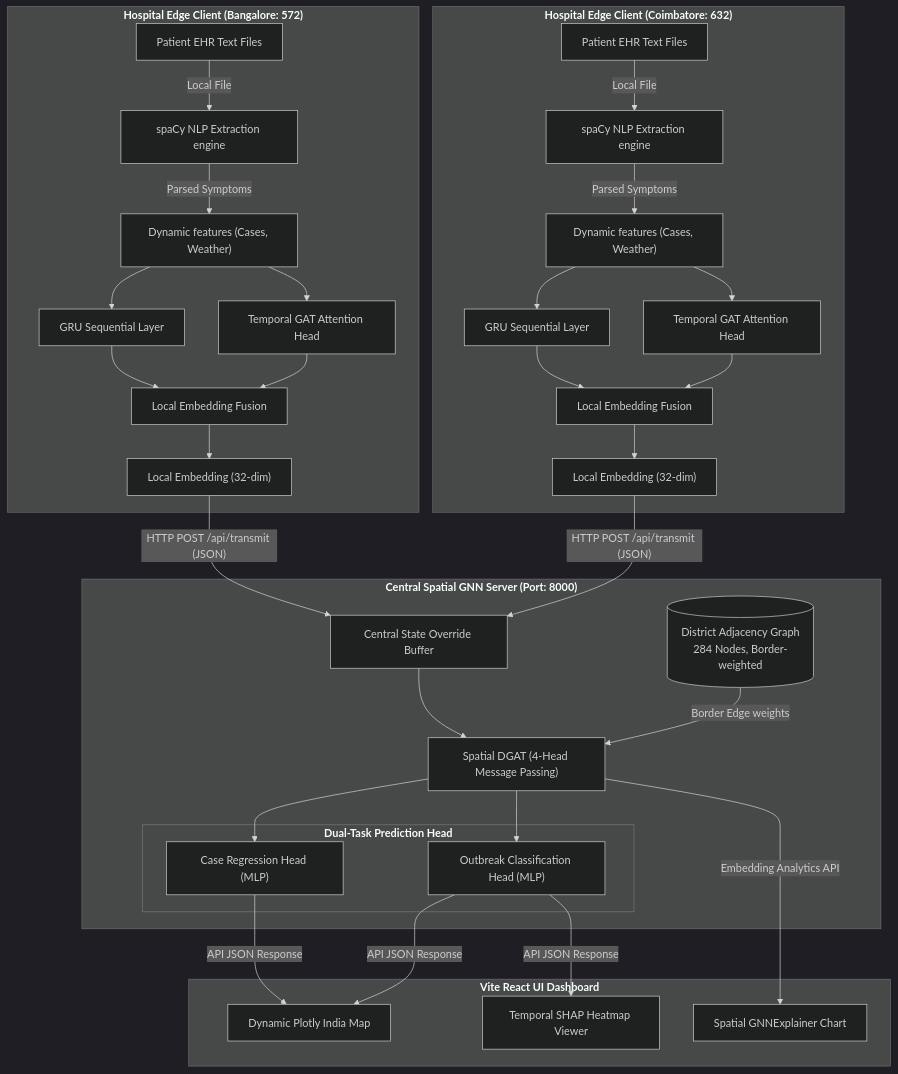
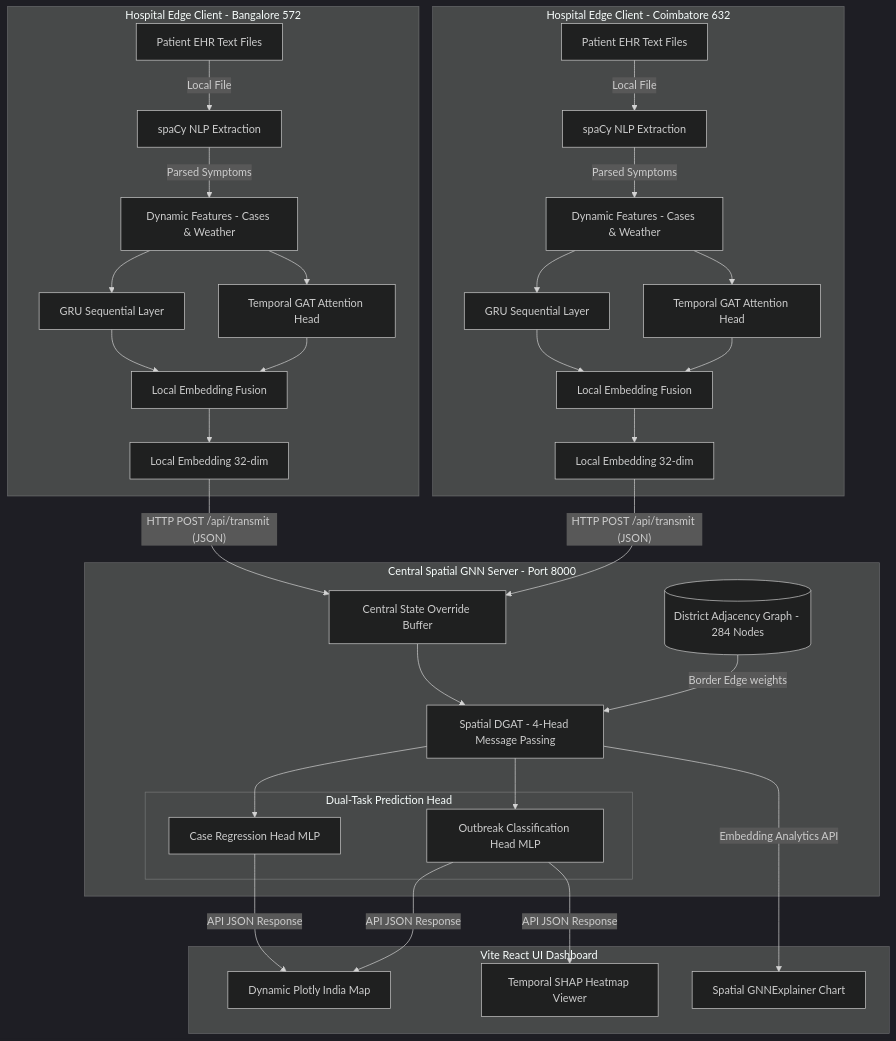
One commit to StavanRKhobare/Explainable-Federated-Learning-Framework-for-Early-Epidemic-Forecasting changed the first of 2 diagrams in README.md. Above: the diagram before and after it, drawn with Mermaid (dark theme). The commit also changed other lines of this file and 2 other files, not shown here.

Commit message:
Fix README syntax errors, replace HTML report with professional reportlab PDF, add reportlab dep

````diff
--- a/README.md
+++ b/README.md
@@ -93,68 +93,68 @@
 ```mermaid
 graph TD
-    subgraph Edge_Client_1 ["<b>Hospital Edge Client (Bangalore: 572)</b>"]
+    subgraph Edge_Client_1 ["Hospital Edge Client - Bangalore 572"]
         EHR1["Patient EHR Text Files"]
-        NLP1["spaCy NLP Extraction engine"]
-        Dyn1["Dynamic features (Cases, Weather)"]
+        NLP1["spaCy NLP Extraction"]
+        Dyn1["Dynamic Features - Cases & Weather"]
         GRU1["GRU Sequential Layer"]
         TGAT1["Temporal GAT Attention Head"]
         Fuse1["Local Embedding Fusion"]
-        Emb1["Local Embedding (32-dim)"]
-        
+        Emb1["Local Embedding 32-dim"]
+
         EHR1 -->|Local File| NLP1
         NLP1 -->|Parsed Symptoms| Dyn1
         Dyn1 --> GRU1
         Dyn1 --> TGAT1
         GRU1 --> Fuse1
         TGAT1 --> Fuse1
         Fuse1 --> Emb1
     end
 
-    subgraph Edge_Client_2 ["<b>Hospital Edge Client (Coimbatore: 632)</b>"]
+    subgraph Edge_Client_2 ["Hospital Edge Client - Coimbatore 632"]
         EHR2["Patient EHR Text Files"]
-        NLP2["spaCy NLP Extraction engine"]
-        Dyn2["Dynamic features (Cases, Weather)"]
+        NLP2["spaCy NLP Extraction"]
+        Dyn2["Dynamic Features - Cases & Weather"]
         GRU2["GRU Sequential Layer"]
         TGAT2["Temporal GAT Attention Head"]
         Fuse2["Local Embedding Fusion"]
-        Emb2["Local Embedding (32-dim)"]
-        
+        Emb2["Local Embedding 32-dim"]
+
         EHR2 -->|Local File| NLP2
         NLP2 -->|Parsed Symptoms| Dyn2
         Dyn2 --> GRU2
         Dyn2 --> TGAT2
         GRU2 --> Fuse2
         TGAT2 --> Fuse2
         Fuse2 --> Emb2
     end
 
     Emb1 -- "HTTP POST /api/transmit (JSON)" --> Server_Agg
     Emb2 -- "HTTP POST /api/transmit (JSON)" --> Server_Agg
 
-    subgraph Central_Server ["<b>Central Spatial GNN Server (Port: 8000)</b>"]
+    subgraph Central_Server ["Central Spatial GNN Server - Port 8000"]
         Server_Agg["Central State Override Buffer"]
-        AdjGraph[("District Adjacency Graph<br/>284 Nodes, Border-weighted")]
-        SDGAT["Spatial DGAT (4-Head Message Passing)"]
-        
-        subgraph Dual_Task_Head ["<b>Dual-Task Prediction Head</b>"]
-            RegHead["Case Regression Head (MLP)"]
-            ClfHead["Outbreak Classification Head (MLP)"]
+        AdjGraph[("District Adjacency Graph - 284 Nodes")]
+        SDGAT["Spatial DGAT - 4-Head Message Passing"]
+
+        subgraph Dual_Task_Head ["Dual-Task Prediction Head"]
+            RegHead["Case Regression Head MLP"]
+            ClfHead["Outbreak Classification Head MLP"]
         end
-        
+
         Server_Agg --> SDGAT
         AdjGraph -->|Border Edge weights| SDGAT
         SDGAT --> RegHead
         SDGAT --> ClfHead
     end
 
-    subgraph Frontend_Dashboard ["<b>Vite React UI Dashboard</b>"]
+    subgraph Frontend_Dashboard ["Vite React UI Dashboard"]
         Map["Dynamic Plotly India Map"]
         SHAP["Temporal SHAP Heatmap Viewer"]
         GNNExp["Spatial GNNExplainer Chart"]
     end
 
     RegHead -->|API JSON Response| Map
     ClfHead -->|API JSON Response| Map
     ClfHead -->|API JSON Response| SHAP
     SDGAT -->|Embedding Analytics API| GNNExp
 ```
````
